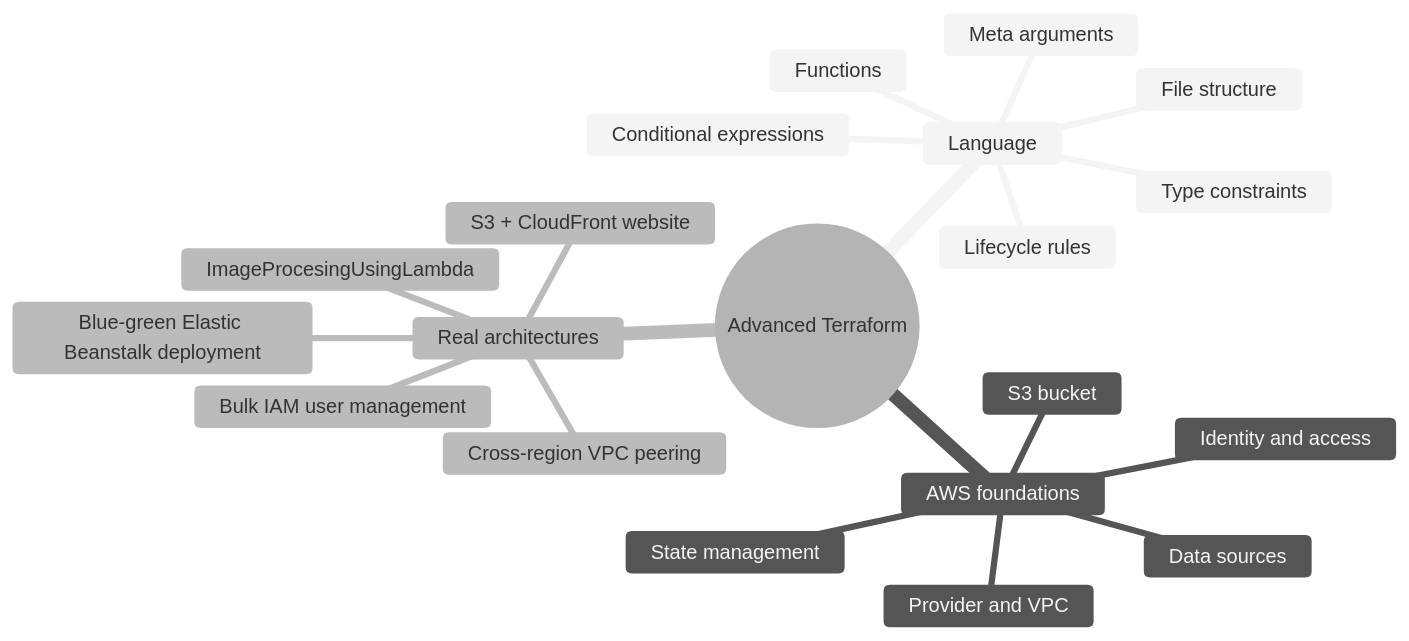
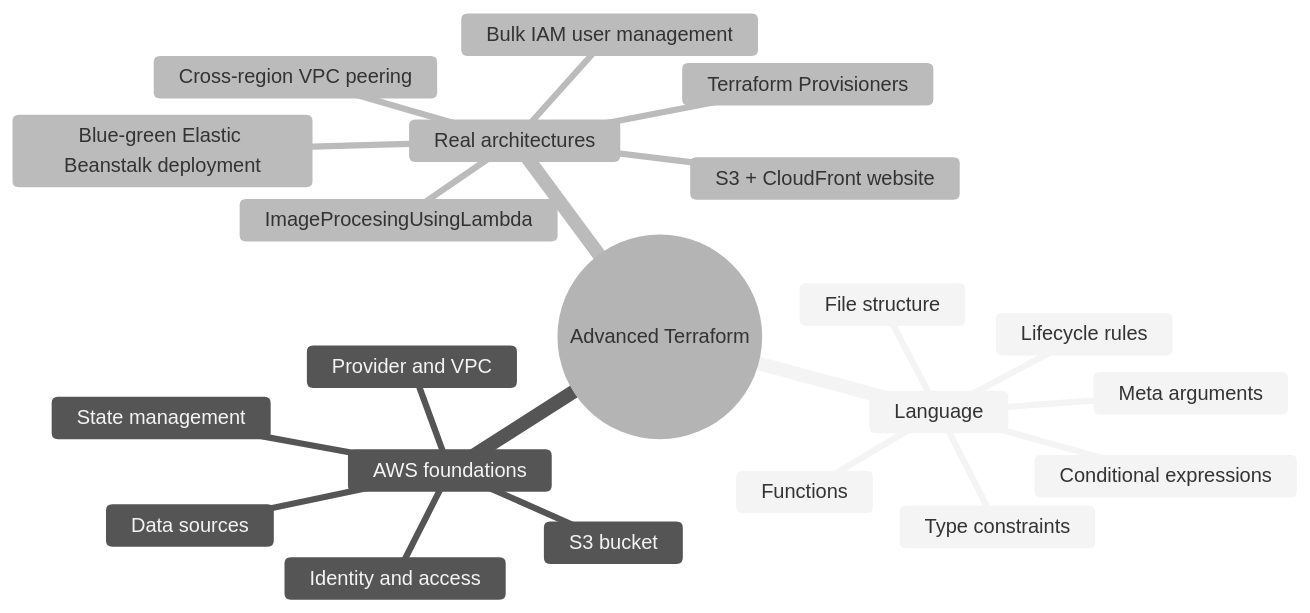
The first of 2 diagrams in README.md (Shashwatyarr/Advanced-Terraform), drawn with Mermaid (neutral theme) before and after one commit. The commit also changed other lines of this file and 10 other files, not shown here.

Commit message:
Terraform Provisioners

````diff
--- a/README.md
+++ b/README.md
@@ -7,24 +7,25 @@
 ```mermaid
 mindmap
   root((Advanced Terraform))
     Language
       Conditional expressions
       Functions
       Type constraints
       Meta arguments
       Lifecycle rules
       File structure
     AWS foundations
       Provider and VPC
       S3 bucket
       Data sources
       State management
       Identity and access
         
     Real architectures
       S3 + CloudFront website
       Cross-region VPC peering
       Bulk IAM user management
       ImageProcesingUsingLambda
+      Terraform Provisioners
       Blue-green Elastic Beanstalk deployment
 ```
````
